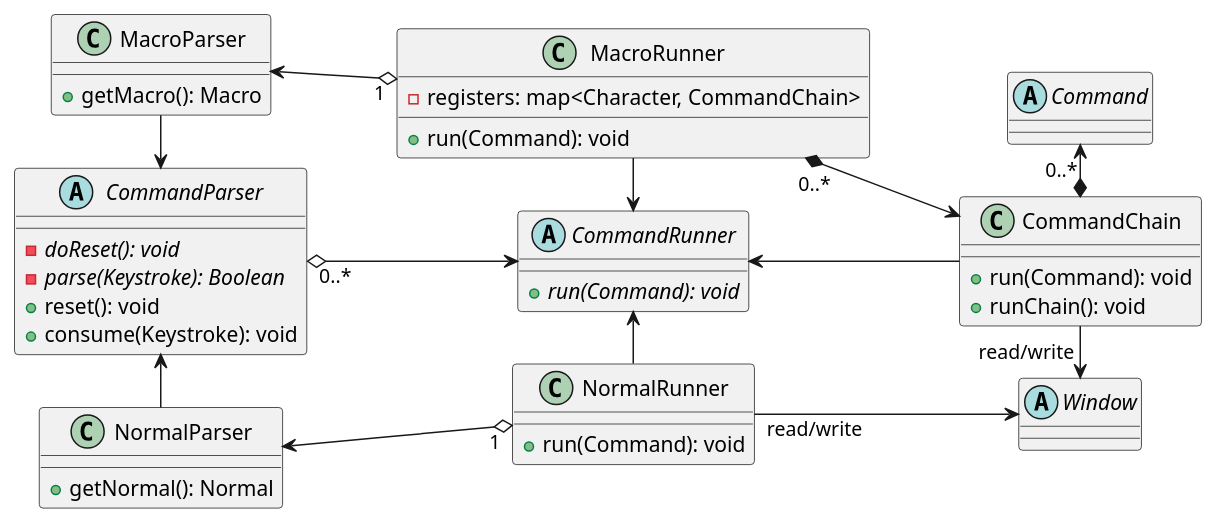
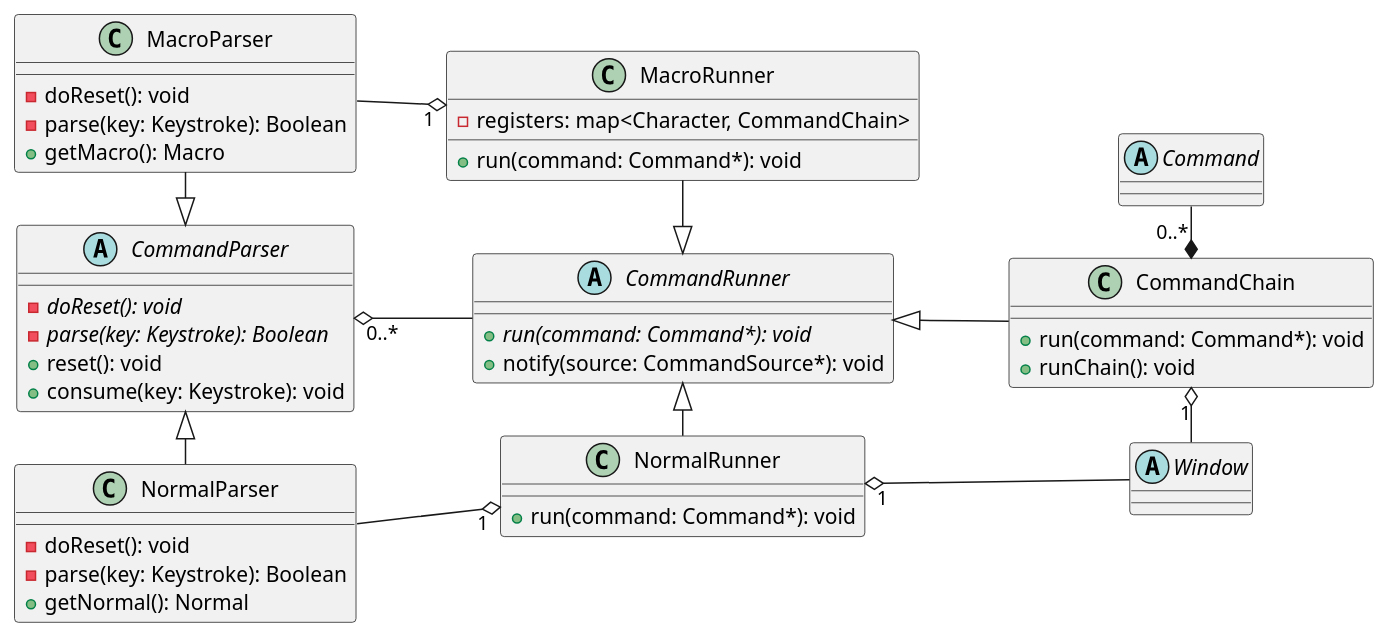
One commit to raywang999/VM changed the third of 5 diagrams in uml.md. Above: the diagram before and after it, drawn with PlantUML. The commit also changed other lines of this file, not shown here.

Commit message:
update uml

````diff
--- a/uml.md
+++ b/uml.md
@@ -113,43 +113,47 @@
 ```plantuml 
 left to right direction
 abstract Window{}
 abstract CommandParser{
   {abstract}-doReset(): void
-  {abstract}-parse(Keystroke): Boolean
+  {abstract}-parse(key: Keystroke): Boolean
   +reset(): void
-  +consume(Keystroke): void
+  +consume(key: Keystroke): void
 }
 abstract CommandRunner {
-  +{abstract}run(Command): void
+  +{abstract}run(command: Command*): void
+  +notify(source: CommandSource*): void
 }
-CommandParser "0..*" o--> CommandRunner
+CommandParser "0..*" o-- CommandRunner
 class NormalParser {
+  -doReset(): void
+  -parse(key: Keystroke): Boolean
   +getNormal(): Normal
 }
 class MacroParser {
+  -doReset(): void
+  -parse(key: Keystroke): Boolean
   +getMacro(): Macro
 }
 class MacroRunner {
   -registers: map<Character, CommandChain>
-  +run(Command): void
+  +run(command: Command*): void
 }
 class NormalRunner {
-  +run(Command): void
+  +run(command: Command*): void
 }
-MacroRunner -> CommandRunner
-CommandRunner <- NormalRunner 
-CommandParser <- NormalParser
-MacroParser -> CommandParser 
-NormalParser <--o "1" NormalRunner
-MacroParser <--o "1" MacroRunner 
+MacroRunner -|> CommandRunner
+CommandRunner <|- NormalRunner 
+CommandParser <|- NormalParser
+MacroParser -|> CommandParser 
+NormalParser --o "1" NormalRunner
+MacroParser --o "1" MacroRunner 
 class CommandChain{
-  +run(Command): void 
+  +run(command: Command*): void 
   +runChain(): void
 }
 abstract Command{}
-Command "0..*" <-* CommandChain 
-CommandRunner <-- CommandChain
-MacroRunner "0..*" *--> CommandChain
-NormalRunner "read/write" --> Window
-CommandChain"read/write" -> Window 
+Command "0..*" -* CommandChain 
+CommandRunner <|-- CommandChain
+NormalRunner "1" o- Window
+CommandChain "1" o- Window 
 ```
````
